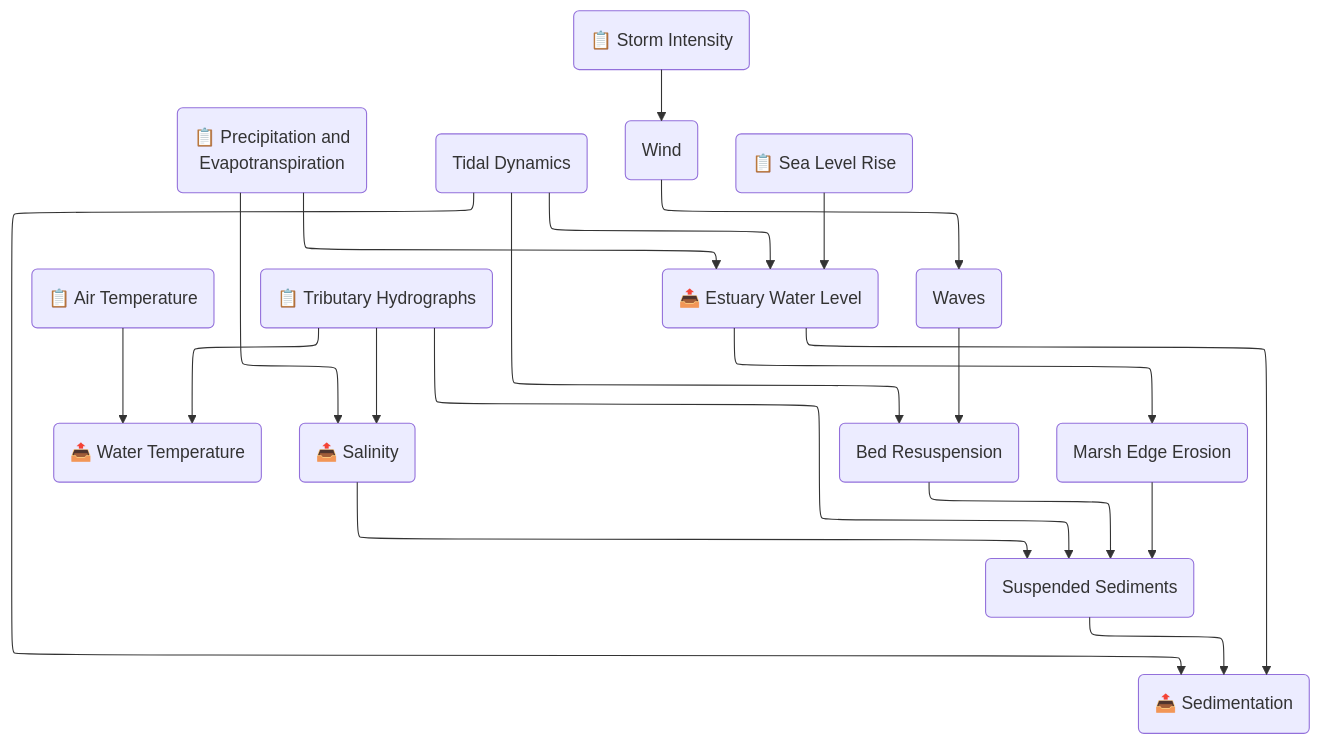
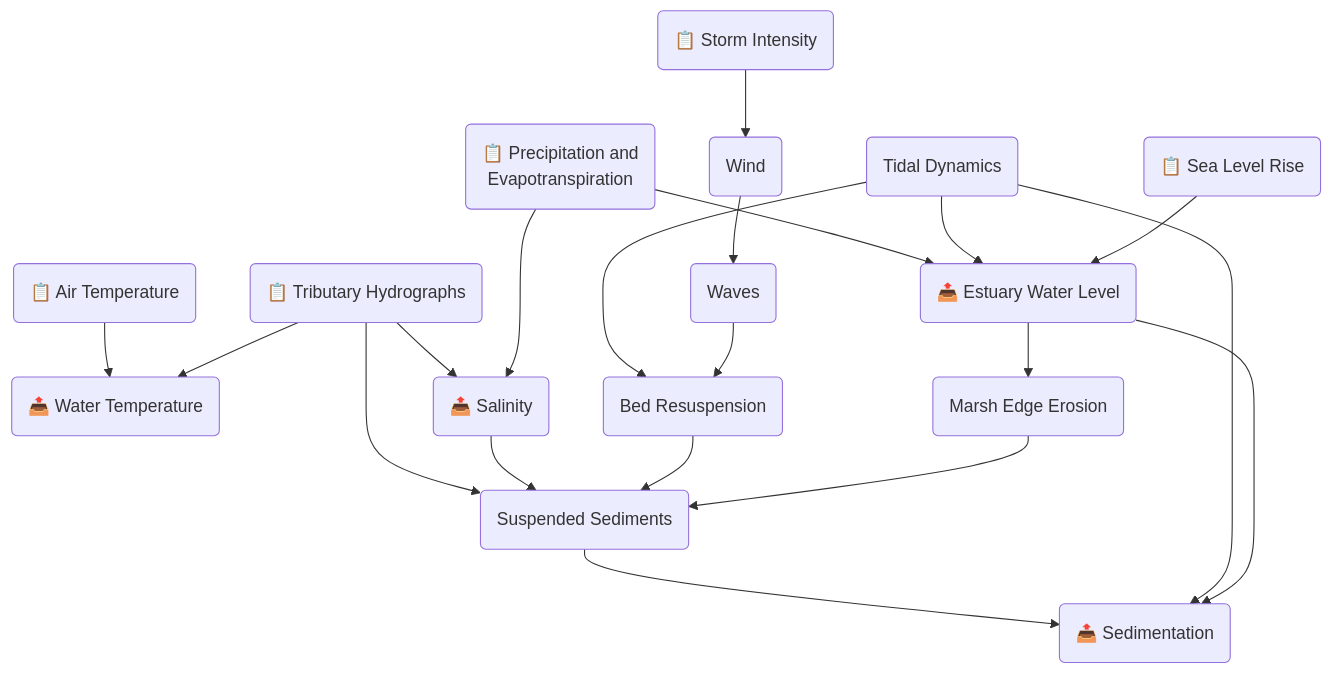
The eighth of 9 diagrams in README.md (pscedu/cpra-documentation), drawn with Mermaid before and after one commit. The commit also changed other lines of this file, not shown here.

Commit message:
feat(clara): add CLARA diagram

````diff
--- a/README.md
+++ b/README.md
@@ -170,23 +170,22 @@
 ```mermaid
 flowchart TD
-    %%{init: {"flowchart": {"defaultRenderer": "elk"}} }%%
     AT("📋 Air Temperature") --> WT("📤 Water Temperature")
     TH("📋 Tributary Hydrographs") --> WT
     TH --> Sal("📤 Salinity")
     TH --> SS(Suspended Sediments)
     PE("📋 Precipitation and\nEvapotranspiration") --> Sal
     PE --> EWL("📤 Estuary Water Level")
     SS --> Sed("📤 Sedimentation")
     Sal --> SS
     TD(Tidal Dynamics) --> Sed
     EWL --> Sed
     TD --> BR(Bed Resuspension)
     SI("📋 Storm Intensity") --> Win
     Win(Wind) --> Wav
     Wav(Waves) --> BR
     BR --> SS
     TD --> EWL
     EWL --> MEE(Marsh Edge Erosion)
     MEE --> SS
     SLR("📋 Sea Level Rise") --> EWL
 ```
````
